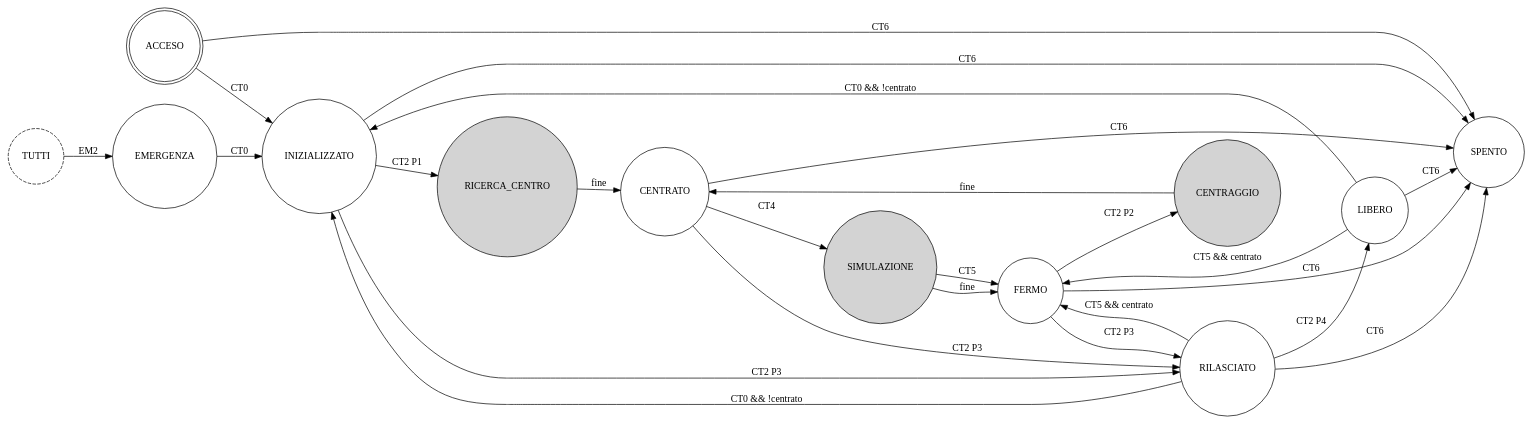
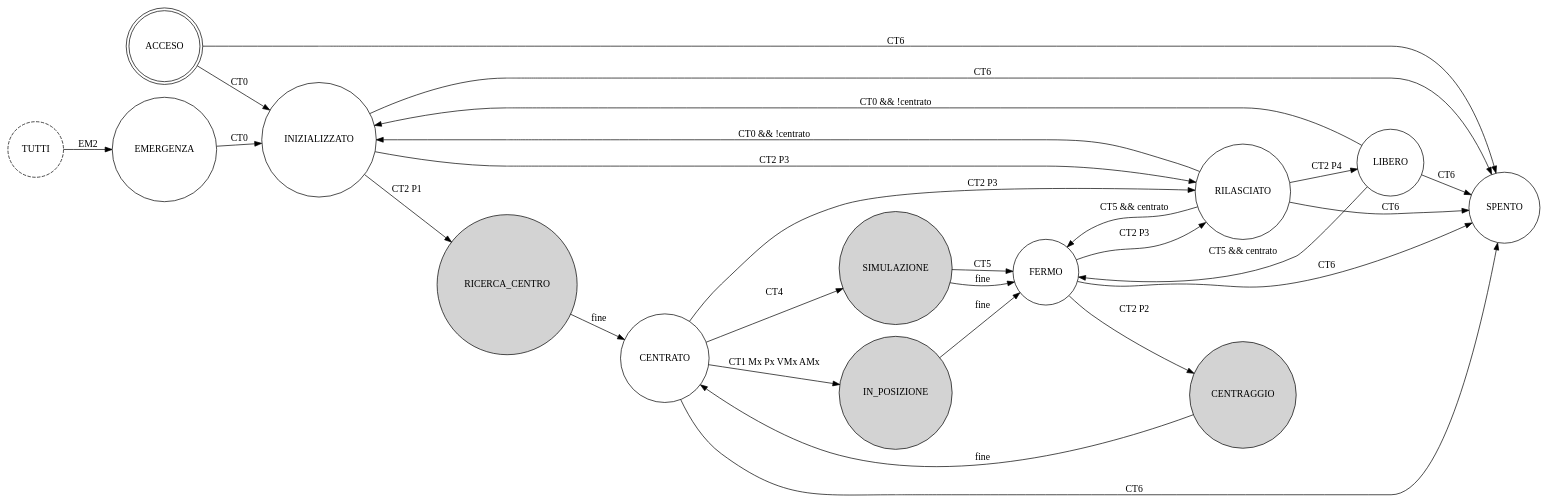
The diagram in docs/canopenshell.dot (lucci-spinitalia/Alma3d), drawn with Graphviz before and after one commit. The commit also changed 5 other files, not shown here.

```diff
--- a/docs/canopenshell.dot
+++ b/docs/canopenshell.dot
@@ -1,31 +1,33 @@
 digraph canopenshell_machine {
 	rankdir=LR;
 	node [shape = doublecircle]; ACCESO
-	node [shape = circle, style = filled]; SIMULAZIONE RICERCA_CENTRO CENTRAGGIO
+	node [shape = circle, style = filled]; SIMULAZIONE RICERCA_CENTRO CENTRAGGIO IN_POSIZIONE
 	node [shape = circle, style = dashed]; TUTTI
 	node [shape = circle, style = solid, regular= 1];
 	ACCESO -> INIZIALIZZATO [ label = "CT0" ];
 	ACCESO -> SPENTO [ label = "CT6" ];
 	INIZIALIZZATO -> RICERCA_CENTRO [ label = "CT2 P1" ];
 	INIZIALIZZATO -> RILASCIATO [ label = "CT2 P3" ];
 	INIZIALIZZATO -> SPENTO [ label = "CT6" ];
 	RICERCA_CENTRO -> CENTRATO [ label = "fine" ];
 	CENTRATO -> SIMULAZIONE [ label = "CT4" ];
+	CENTRATO -> IN_POSIZIONE [ label = "CT1 Mx Px VMx AMx" ];
 	CENTRATO -> RILASCIATO [ label = "CT2 P3" ];
 	CENTRATO -> SPENTO [ label = "CT6" ];
 	SIMULAZIONE -> FERMO [ label = "fine" ];
 	SIMULAZIONE -> FERMO [ label = "CT5" ];
+	IN_POSIZIONE -> FERMO [ label = "fine" ];
 	FERMO -> CENTRAGGIO [ label = "CT2 P2" ];
 	FERMO -> RILASCIATO [ label = "CT2 P3" ];
 	FERMO -> SPENTO [ label = "CT6" ];
 	CENTRAGGIO -> CENTRATO [ label = "fine" ];
 	RILASCIATO -> LIBERO [ label = "CT2 P4" ];
 	RILASCIATO -> FERMO [ label = "CT5 && centrato" ];
 	RILASCIATO -> INIZIALIZZATO [ label = "CT0 && !centrato" ];
 	RILASCIATO -> SPENTO [ label = "CT6" ];
 	LIBERO -> FERMO [ label = "CT5 && centrato" ];
 	LIBERO -> INIZIALIZZATO [ label = "CT0 && !centrato" ];
 	LIBERO -> SPENTO [ label = "CT6" ];
 	TUTTI -> EMERGENZA [ label = "EM2" ];
 	EMERGENZA -> INIZIALIZZATO [ label = "CT0" ];
 }
```
